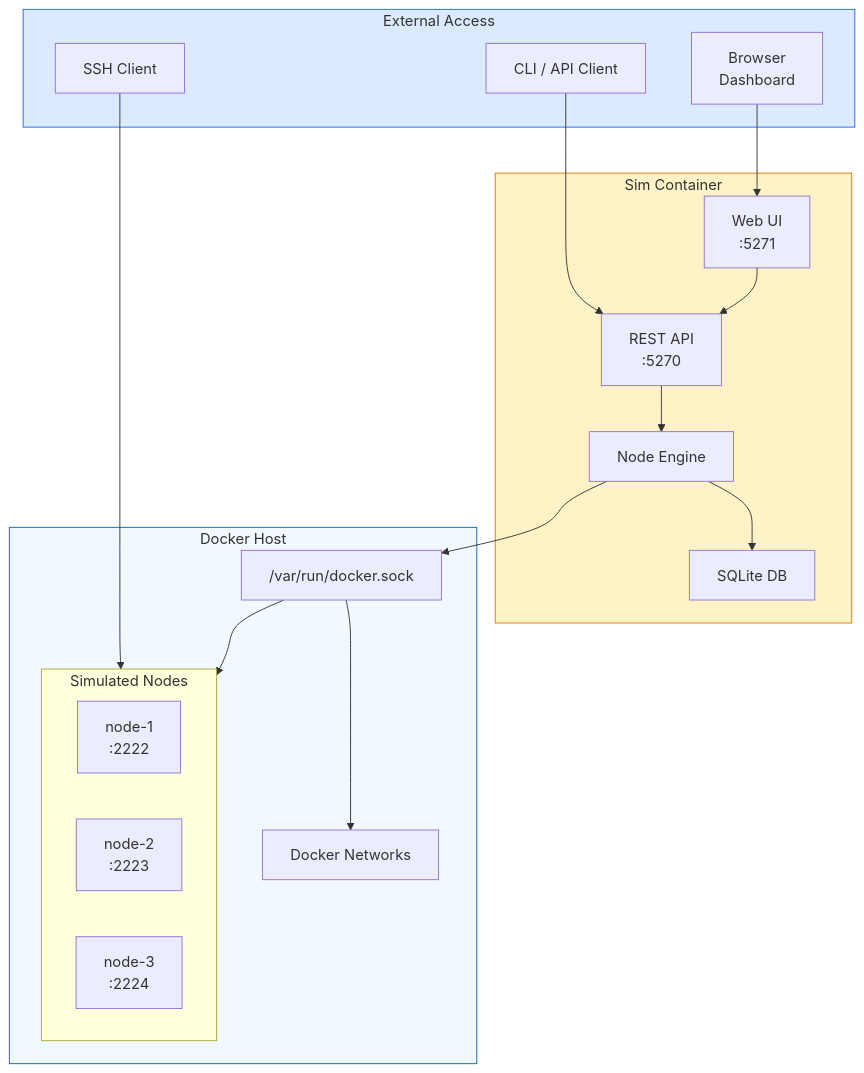
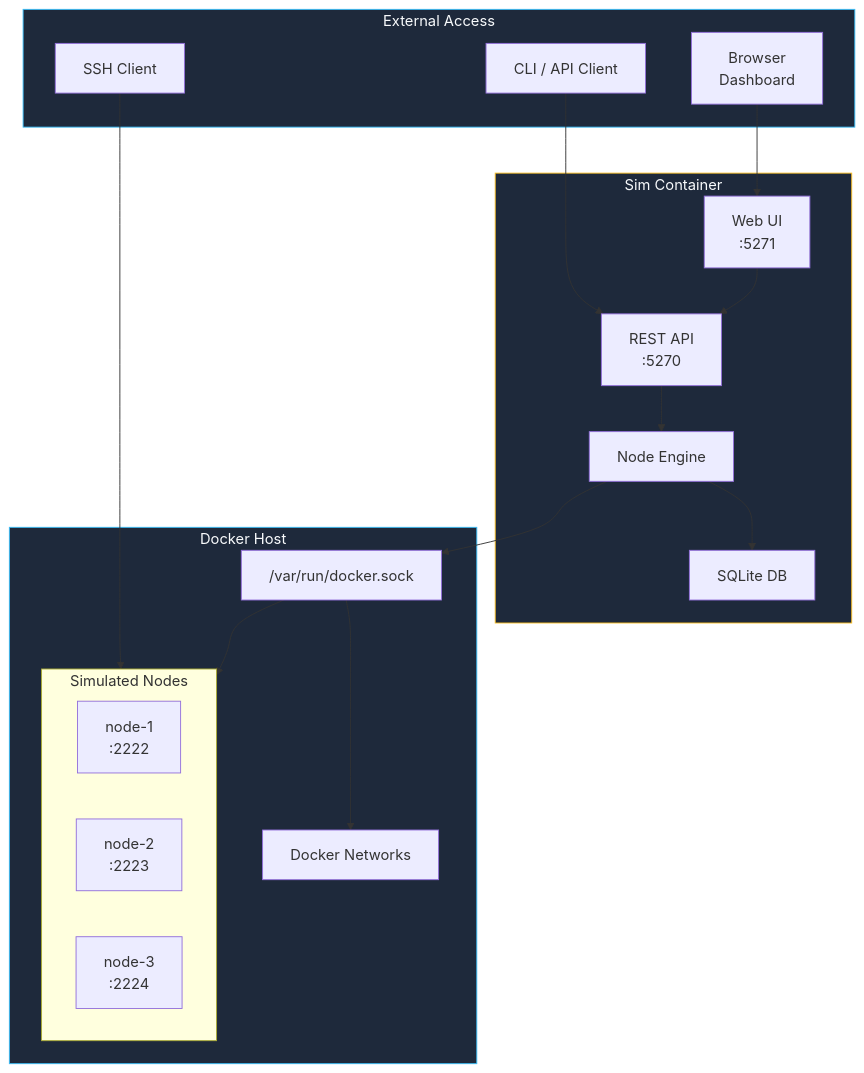
The third of 4 diagrams in sim/overview.mdx (KombiverseLabs/docs), drawn with Mermaid before and after one commit. The commit also changed other lines of this file and 33 other files, not shown here.

````diff
--- a/sim/overview.mdx
+++ b/sim/overview.mdx
@@ -181,42 +179,42 @@
 ```mermaid
 graph TB
     subgraph External["External Access"]
         Browser["Browser<br/>Dashboard"]
         CLI["CLI / API Client"]
         SSH["SSH Client"]
     end
     
     subgraph SimContainer["Sim Container"]
         WebUI["Web UI<br/>:5271"]
         API["REST API<br/>:5270"]
         Engine["Node Engine"]
         DB["SQLite DB"]
     end
     
     subgraph Docker["Docker Host"]
         Socket["/var/run/docker.sock"]
         
         subgraph Nodes["Simulated Nodes"]
             N1["node-1<br/>:2222"]
             N2["node-2<br/>:2223"]
             N3["node-3<br/>:2224"]
         end
         
         Networks["Docker Networks"]
     end
     
     Browser --> WebUI
     CLI --> API
     SSH --> Nodes
     
     API --> Engine
     WebUI --> API
     Engine --> DB
     Engine --> Socket
     Socket --> Nodes
     Socket --> Networks
     
-    style External fill:#dbeafe,stroke:#2563eb
-    style SimContainer fill:#fef3c7,stroke:#d97706
-    style Docker fill:#f0f9ff,stroke:#0369a1
+    style External fill:#1e293b,stroke:#38bdf8,color:#f8fafc
+    style SimContainer fill:#1e293b,stroke:#fbbf24,color:#f8fafc
+    style Docker fill:#1e293b,stroke:#38bdf8,color:#f8fafc
 ```
````
